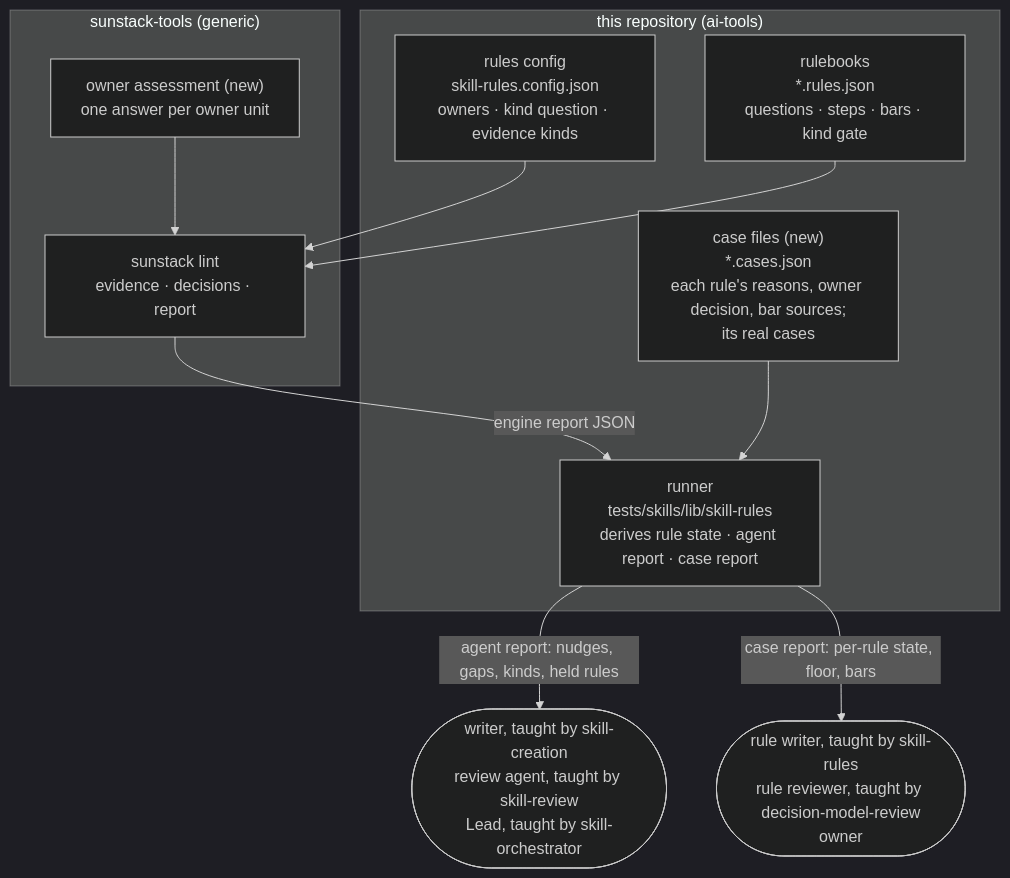
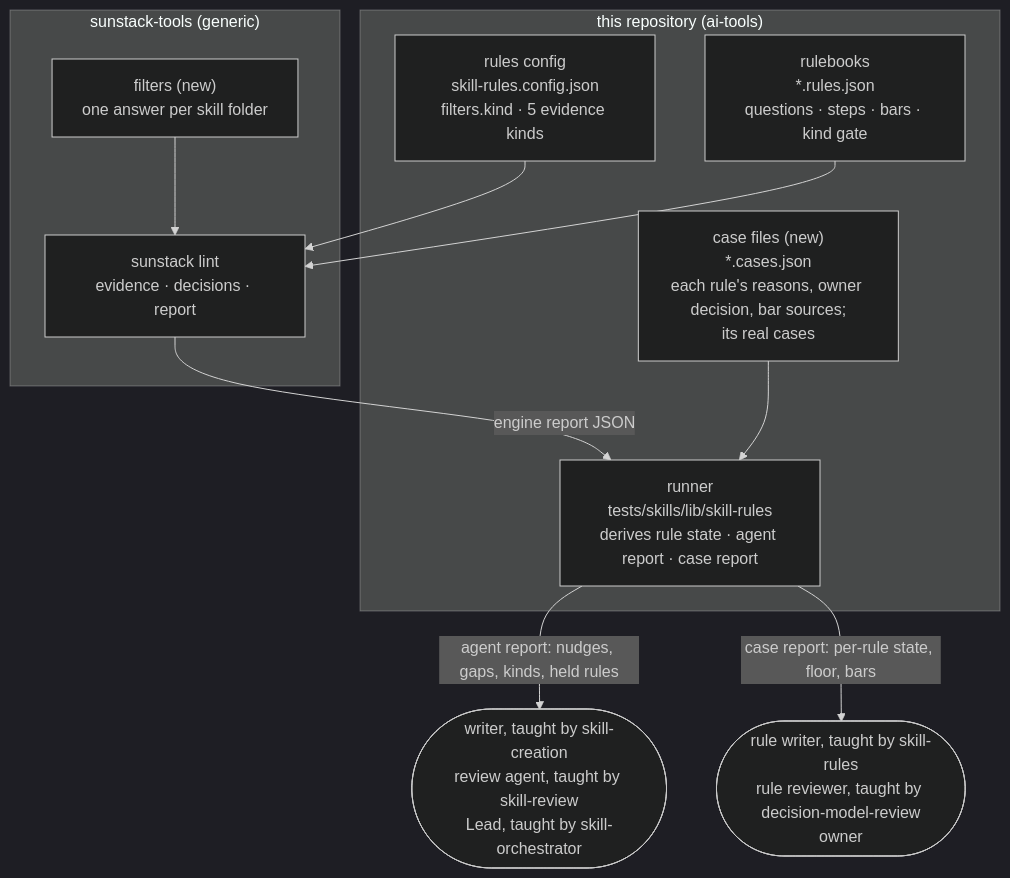
The first of 4 diagrams in docs/specs/2026-11-03-skill-rules/program-design.md (ShravanSunder/sunstack), drawn with Mermaid (dark theme) before and after one commit. The commit also changed other lines of this file and 22 other files, not shown here.

First line of the commit message:
docs(skill-rules): final filters config, five skill kinds, five evidence kinds, steering removed, general-skill merge in deliverable 2

````diff
--- a/docs/specs/2026-11-03-skill-rules/program-design.md
+++ b/docs/specs/2026-11-03-skill-rules/program-design.md
@@ -7,20 +7,20 @@
 ```mermaid
 flowchart TB
   subgraph repo["this repository (ai-tools)"]
-    cfg["rules config<br/>skill-rules.config.json<br/>owners · kind question · evidence kinds"]
+    cfg["rules config<br/>skill-rules.config.json<br/>filters.kind · 5 evidence kinds"]
     rb["rulebooks<br/>*.rules.json<br/>questions · steps · bars · kind gate"]
     cs["case files (new)<br/>*.cases.json<br/>each rule's reasons, owner decision, bar sources;<br/>its real cases"]
     runner["runner<br/>tests/skills/lib/skill-rules<br/>derives rule state · agent report · case report"]
   end
   subgraph engine["sunstack-tools (generic)"]
     lint["sunstack lint<br/>evidence · decisions · report"]
-    assess["owner assessment (new)<br/>one answer per owner unit"]
+    assess["filters (new)<br/>one answer per skill folder"]
   end
   cfg --> lint
   rb --> lint
   assess --> lint
   lint -->|"engine report JSON"| runner
   cs --> runner
   runner -->|"agent report: nudges, gaps, kinds, held rules"| agent(["writer, taught by skill-creation<br/>review agent, taught by skill-review<br/>Lead, taught by skill-orchestrator"])
   runner -->|"case report: per-rule state, floor, bars"| rw(["rule writer, taught by skill-rules<br/>rule reviewer, taught by decision-model-review<br/>owner"])
 ```
````
